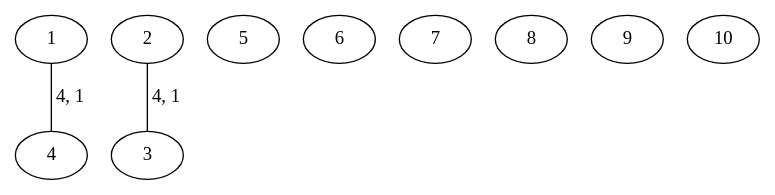
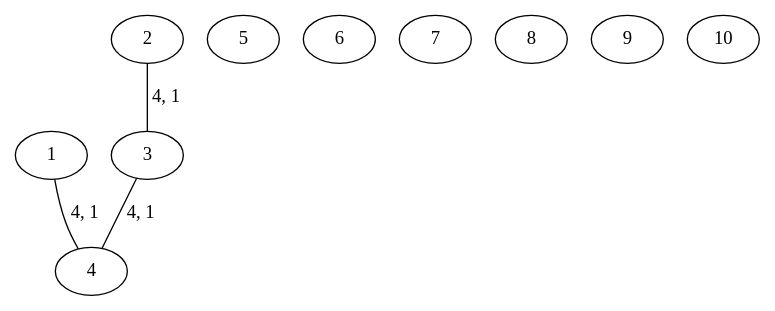
One commit to tttienthinh/Projet changed the diagram in ensae-prog23/doctest-output/network.02.in-kruskal.gv. Above: the diagram before and after it, drawn with Graphviz. The commit also changed 7 other files, not shown here.

```diff
--- a/ensae-prog23/doctest-output/network.02.in-kruskal.gv
+++ b/ensae-prog23/doctest-output/network.02.in-kruskal.gv
@@ -1,15 +1,16 @@
 // network.02.in-kruskal
 graph {
 	1 [label=1]
 	2 [label=2]
 	3 [label=3]
 	4 [label=4]
 	5 [label=5]
 	6 [label=6]
 	7 [label=7]
 	8 [label=8]
 	9 [label=9]
 	10 [label=10]
 	1 -- 4 [label="4, 1"]
 	2 -- 3 [label="4, 1"]
+	3 -- 4 [label="4, 1"]
 }
```
